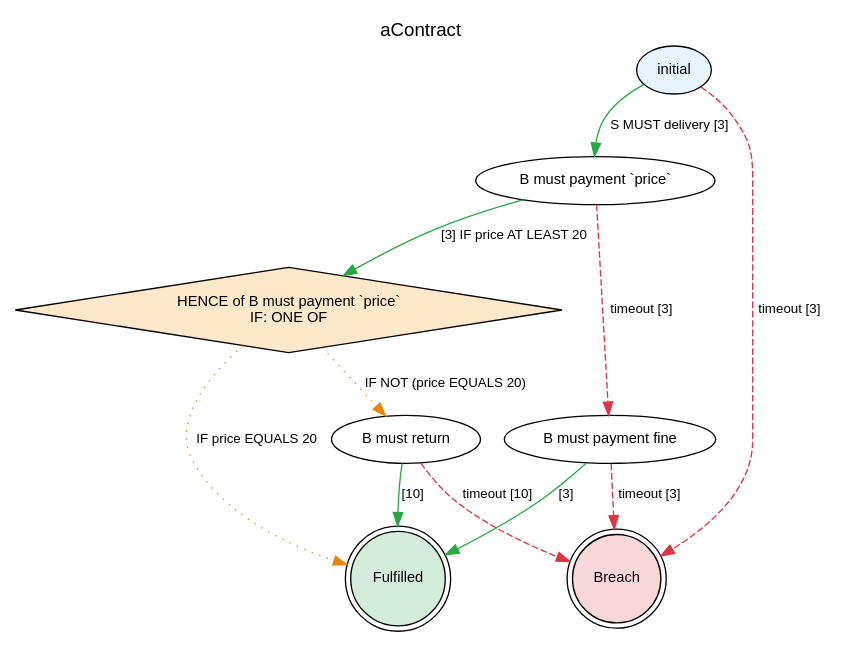
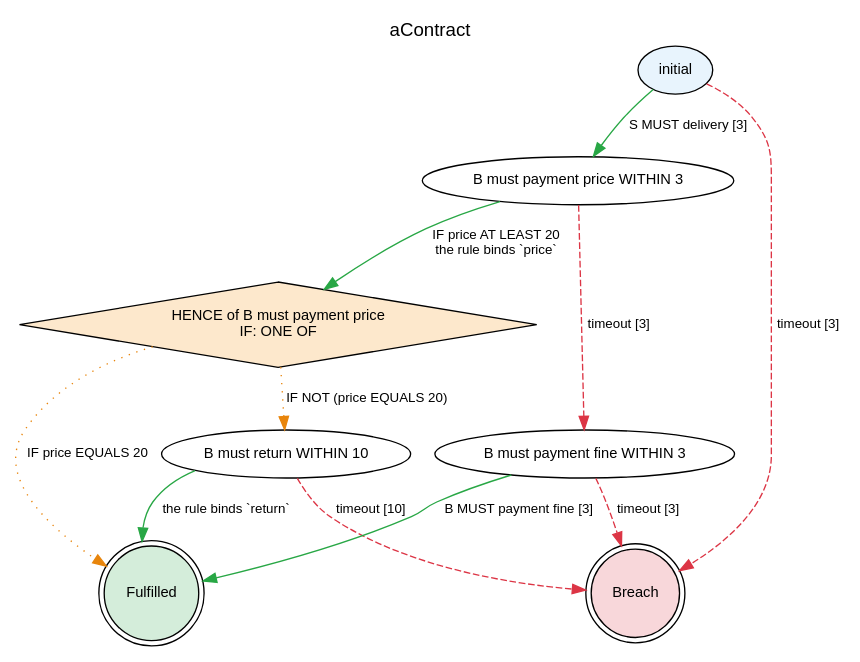
Before and after one commit to legalese/l4-ide: the diagram in etc/lts-reader-proxy/contracts/B.dot, drawn with Graphviz. The commit also changed 5 other files, not shown here.

```diff
--- a/etc/lts-reader-proxy/contracts/B.dot
+++ b/etc/lts-reader-proxy/contracts/B.dot
@@ -1,76 +1,76 @@
 digraph {
     graph [rankdir=TB
           ,label=aContract
           ,labelloc=t
           ,fontname=Helvetica
           ,fontsize=14];
     node [fontname=Helvetica
          ,fontsize=11];
     edge [fontname=Helvetica
          ,fontsize=10];
     0 [label=initial
       ,fillcolor=white
       ,style=filled
       ,shape=ellipse
       ,fillcolor="#e8f4fd"];
-    1 [label="B must payment `price`"
+    1 [label="B must payment price WITHIN 3"
       ,fillcolor=white
       ,style=filled
       ,shape=ellipse
       ,fillcolor="#ffffff"];
-    2 [label="HENCE of B must payment `price`\nIF: ONE OF"
+    2 [label="HENCE of B must payment price\nIF: ONE OF"
       ,fillcolor=white
       ,style=filled
       ,shape=diamond
       ,fillcolor="#fde8cc"];
     3 [label=Fulfilled
       ,fillcolor=white
       ,style=filled
       ,shape=doublecircle
       ,fillcolor="#d4edda"];
-    4 [label="B must return"
+    4 [label="B must return WITHIN 10"
       ,fillcolor=white
       ,style=filled
       ,shape=ellipse
       ,fillcolor="#ffffff"];
     5 [label=Breach
       ,fillcolor=white
       ,style=filled
       ,shape=doublecircle
       ,fillcolor="#f8d7da"];
-    6 [label="B must payment fine"
+    6 [label="B must payment fine WITHIN 3"
       ,fillcolor=white
       ,style=filled
       ,shape=ellipse
       ,fillcolor="#ffffff"];
     0 -> 1 [label="S MUST delivery [3]"
            ,color="#28a745"
            ,style=solid];
     0 -> 5 [label="timeout [3]"
            ,color="#dc3545"
            ,style=dashed];
-    1 -> 2 [label="[3] IF price AT LEAST 20"
+    1 -> 2 [label="IF price AT LEAST 20\nthe rule binds `price`"
            ,color="#28a745"
            ,style=solid];
     1 -> 6 [label="timeout [3]"
            ,color="#dc3545"
            ,style=dashed];
     2 -> 3 [label="IF price EQUALS 20"
            ,color="#e8850c"
            ,style=dotted];
     2 -> 4 [label="IF NOT (price EQUALS 20)"
            ,color="#e8850c"
            ,style=dotted];
-    4 -> 3 [label="[10]"
+    4 -> 3 [label="the rule binds `return`"
            ,color="#28a745"
            ,style=solid];
     4 -> 5 [label="timeout [10]"
            ,color="#dc3545"
            ,style=dashed];
-    6 -> 3 [label="[3]"
+    6 -> 3 [label="B MUST payment fine [3]"
            ,color="#28a745"
            ,style=solid];
     6 -> 5 [label="timeout [3]"
            ,color="#dc3545"
            ,style=dashed];
 }
```
